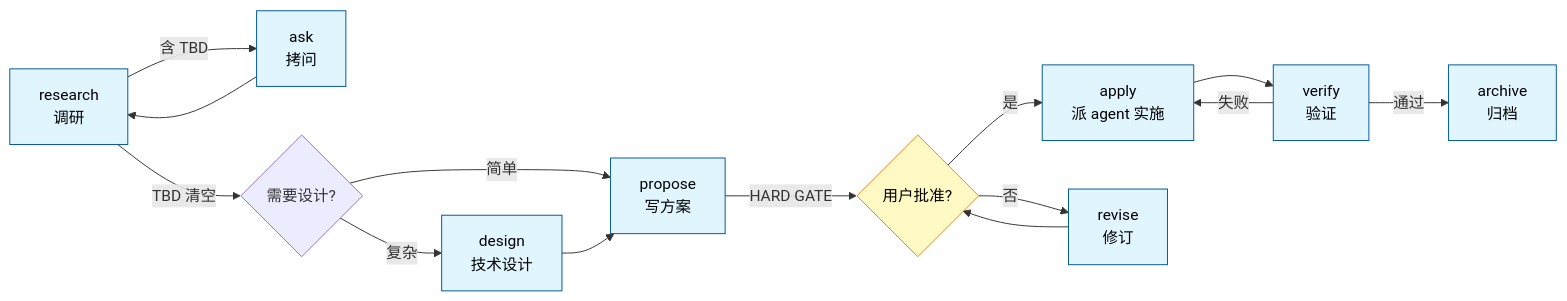
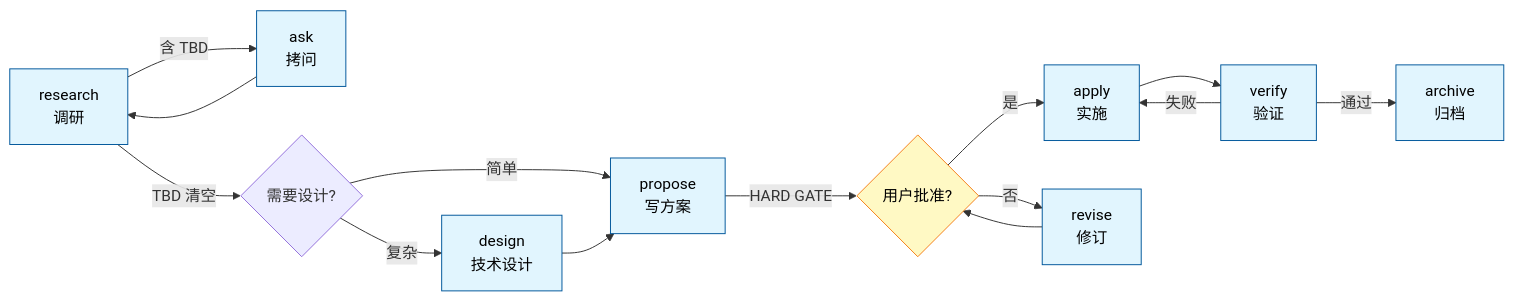
Before and after one commit to kamioj/spec-workflow: the diagram in README_cn.md, drawn with Mermaid. The commit also changed other lines of this file and 17 other files, not shown here.

````diff
--- a/README_cn.md
+++ b/README_cn.md
@@ -164,19 +164,19 @@
 ```mermaid
 graph LR
     A[research<br/>调研]:::cmd -->|含 TBD| B[ask<br/>拷问]:::cmd
     B --> A
     A -->|TBD 清空| D{需要设计?}
     D -->|复杂| E[design<br/>技术设计]:::cmd
     D -->|简单| F[propose<br/>写方案]:::cmd
     E --> F
     F -->|HARD GATE| G{用户批准?}:::gate
-    G -->|是| H[apply<br/>派 agent 实施]:::cmd
+    G -->|是| H[apply<br/>实施]:::cmd
     G -->|否| I[revise<br/>修订]:::cmd
     I --> G
     H --> J[verify<br/>验证]:::cmd
     J -->|通过| K[archive<br/>归档]:::cmd
     J -->|失败| H
 
     classDef cmd fill:#e1f5fe,stroke:#01579b,color:#000
     classDef gate fill:#fff9c4,stroke:#f57f17,color:#000
 ```
````
